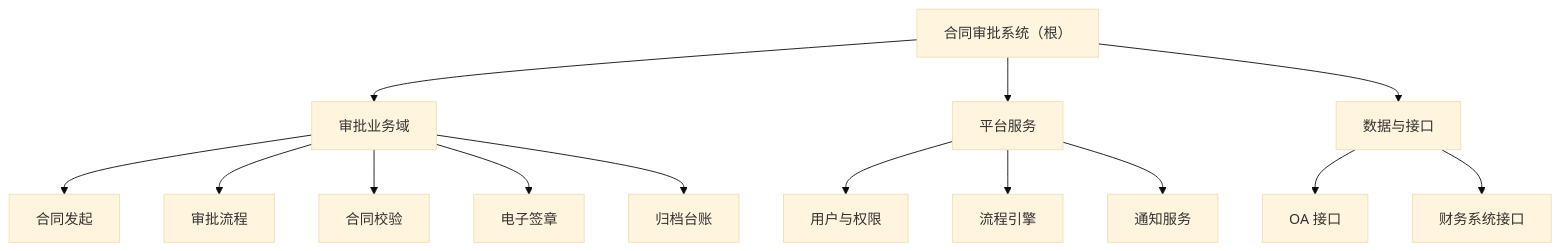
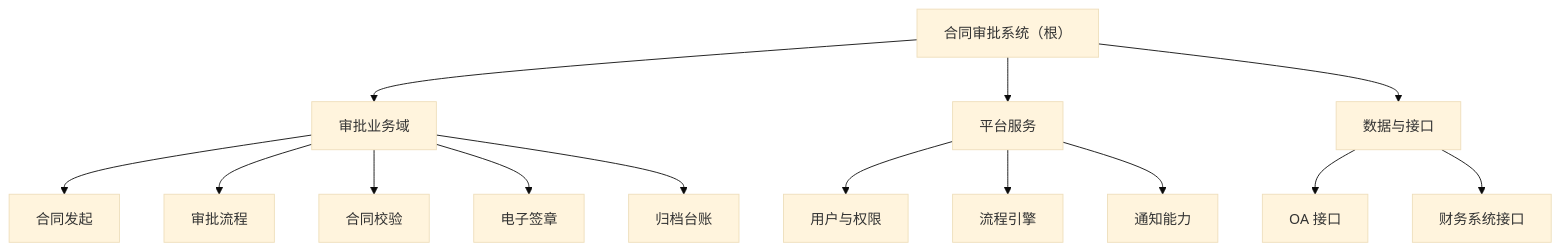
Before and after one commit to Yongjunzhou/AOS-system-design: the diagram in 50-research/教材书/成书/build/.mmd/ch06-fig01.mmd, drawn with Mermaid (base theme). The commit also changed 90 other files, not shown here.

```diff
--- a/50-research/教材书/成书/build/.mmd/ch06-fig01.mmd
+++ b/50-research/教材书/成书/build/.mmd/ch06-fig01.mmd
@@ -1,14 +1,14 @@
 flowchart TD
     SYS["合同审批系统（根）"] --> BIZ["审批业务域"]
     SYS --> PLAT["平台服务"]
     SYS --> DATA["数据与接口"]
     BIZ --> N1["合同发起"]
     BIZ --> N2["审批流程"]
     BIZ --> N3["合同校验"]
     BIZ --> N4["电子签章"]
     BIZ --> N5["归档台账"]
     PLAT --> N6["用户与权限"]
     PLAT --> N7["流程引擎"]
-    PLAT --> N8["通知服务"]
+    PLAT --> N8["通知能力"]
     DATA --> N9["OA 接口"]
     DATA --> N10["财务系统接口"]
```
